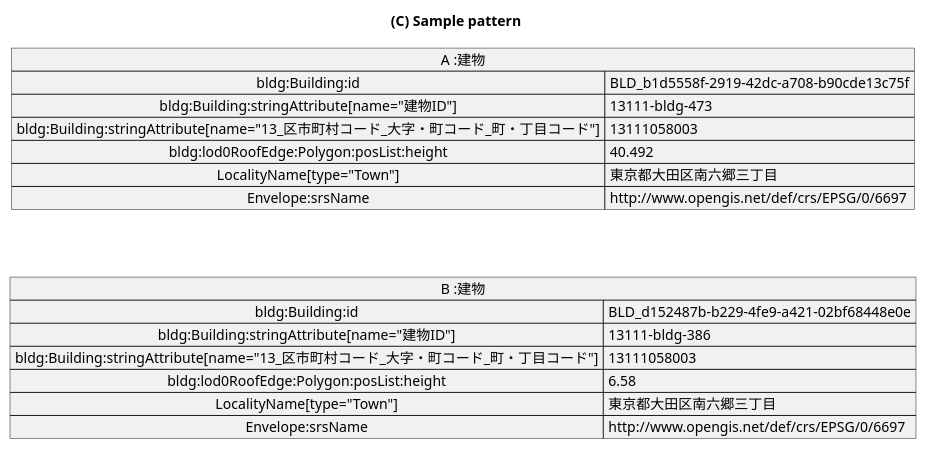
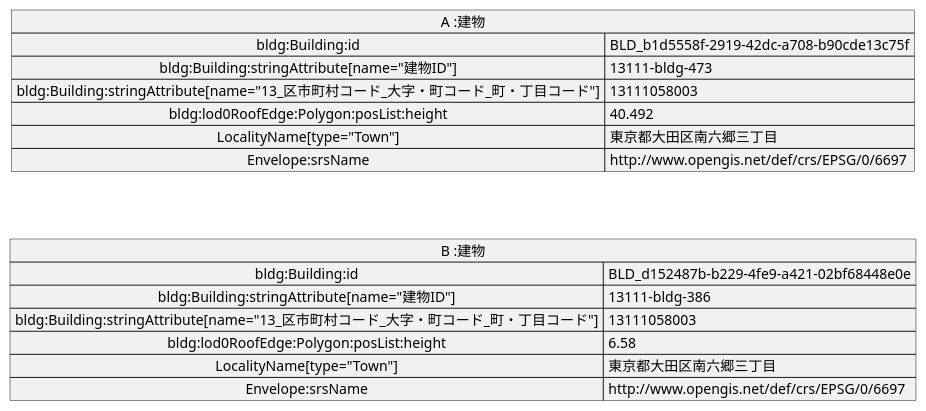
The diagram in doc/building/sample-c-gml.pu (yuuhayashi/citygml-osm), drawn with PlantUML before and after one commit. The commit also changed 15 other files, not shown here.

Commit message:
update UML

```diff
--- a/doc/building/sample-c-gml.pu
+++ b/doc/building/sample-c-gml.pu
@@ -1,20 +1,19 @@
 @startuml
-title (C) Sample pattern
 map "A :建物" as A {
  bldg:Building:id => BLD_b1d5558f-2919-42dc-a708-b90cde13c75f
  bldg:Building:stringAttribute[name="建物ID"] => 13111-bldg-473
  bldg:Building:stringAttribute[name="13_区市町村コード_大字・町コード_町・丁目コード"] => 13111058003
  bldg:lod0RoofEdge:Polygon:posList:height => 40.492
  LocalityName[type="Town"] => 東京都大田区南六郷三丁目
  Envelope:srsName => http://www.opengis.net/def/crs/EPSG/0/6697
 }
 map "B :建物" as B {
  bldg:Building:id => BLD_d152487b-b229-4fe9-a421-02bf68448e0e
  bldg:Building:stringAttribute[name="建物ID"] => 13111-bldg-386
  bldg:Building:stringAttribute[name="13_区市町村コード_大字・町コード_町・丁目コード"] => 13111058003
  bldg:lod0RoofEdge:Polygon:posList:height => 6.58
  LocalityName[type="Town"] => 東京都大田区南六郷三丁目
  Envelope:srsName => http://www.opengis.net/def/crs/EPSG/0/6697
 }
 A -[hidden]- B
 @enduml
```
